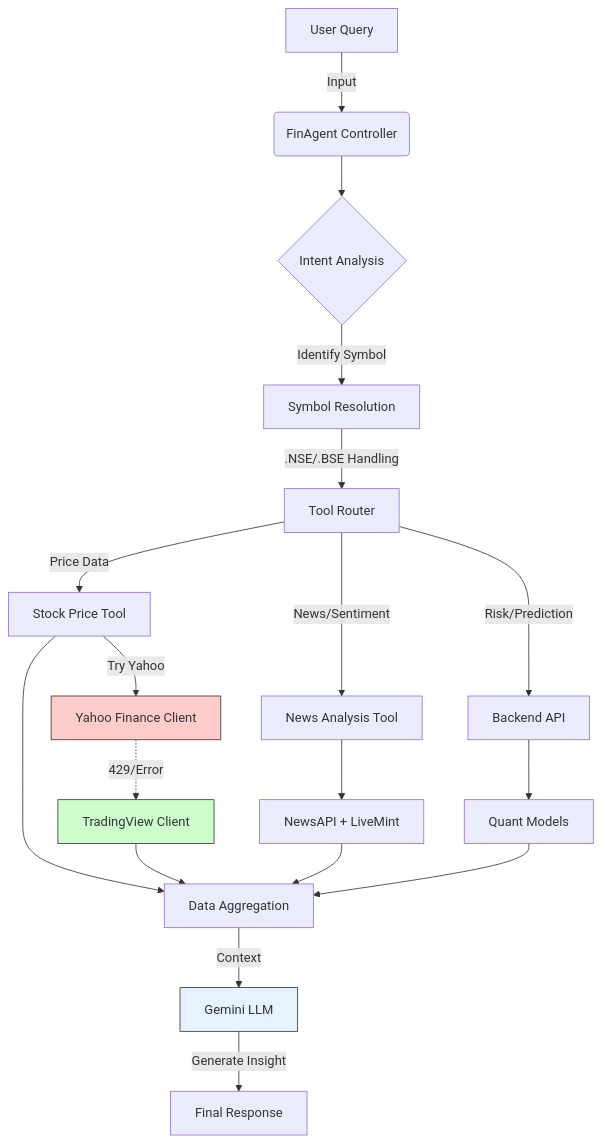
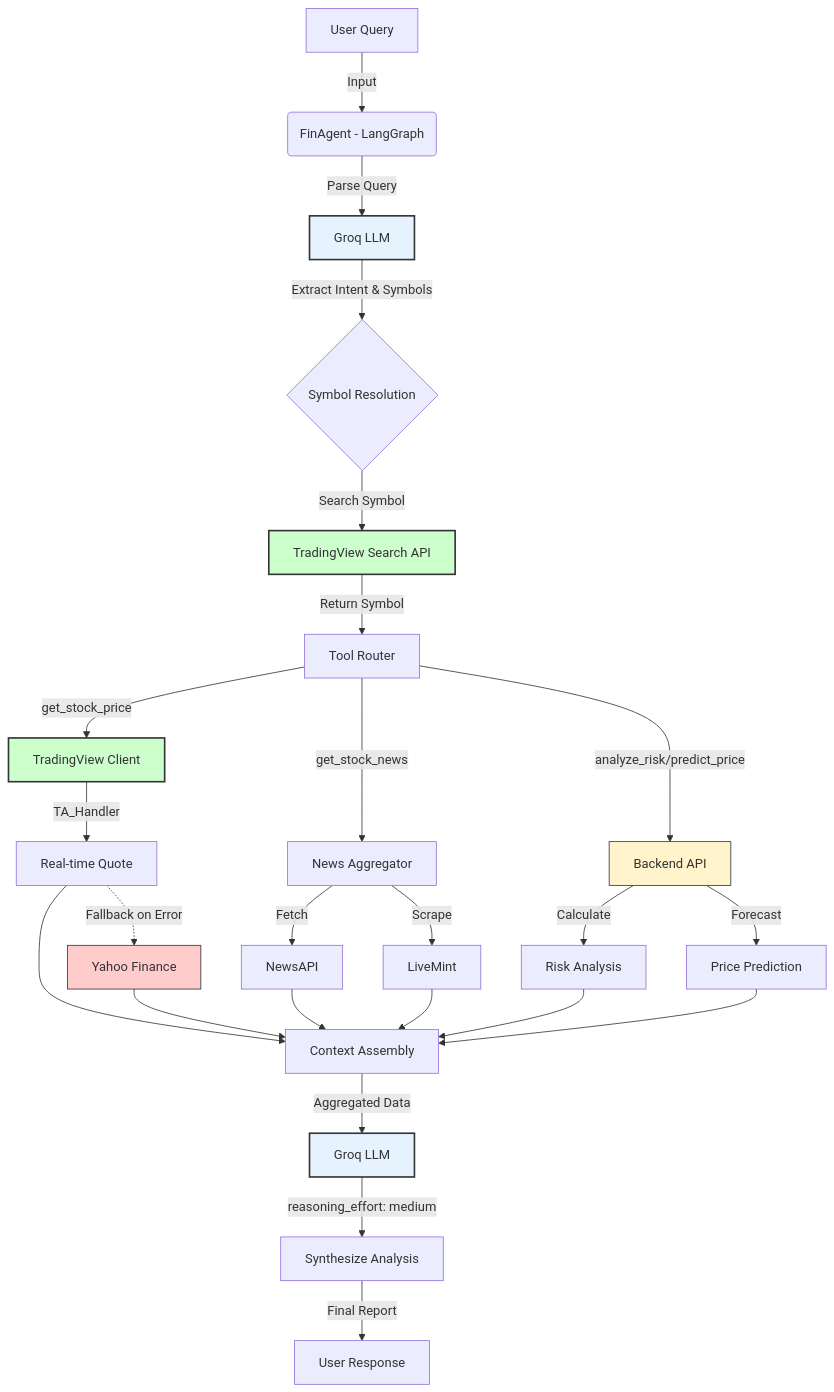
One commit to Shreyas-prog108/fin-alpha changed the diagram in README.md. Above: the diagram before and after it, drawn with Mermaid. The commit also changed other lines of this file and 15 other files, not shown here.

Commit message:
Updated code for GROQ API

````diff
--- a/README.md
+++ b/README.md
@@ -39,29 +39,39 @@
 ```mermaid
 graph TD
-    A[User Query] -->|Input| B(FinAgent Controller)
-    B --> C{Intent Analysis}
-    C -->|Identify Symbol| D[Symbol Resolution]
-    D -->|.NSE/.BSE Handling| E[Tool Router]
+    A[User Query] -->|Input| B(FinAgent - LangGraph)
+    B -->|Parse Query| C[Groq LLM]
+    C -->|Extract Intent & Symbols| D{Symbol Resolution}
     
-    E -->|Price Data| F[Stock Price Tool]
-    F -->|Try Yahoo| G[Yahoo Finance Client]
-    G -.->|429/Error| H[TradingView Client]
+    D -->|Search Symbol| E[TradingView Search API]
+    E -->|Return Symbol| F[Tool Router]
     
-    E -->|News/Sentiment| I[News Analysis Tool]
-    I --> J[NewsAPI + LiveMint]
+    F -->|get_stock_price| G[TradingView Client]
+    G -->|TA_Handler| G1[Real-time Quote]
+    G1 -.->|Fallback on Error| H[Yahoo Finance]
     
-    E -->|Risk/Prediction| K[Backend API]
-    K --> L[Quant Models]
+    F -->|get_stock_news| I[News Aggregator]
+    I -->|Fetch| J1[NewsAPI]
+    I -->|Scrape| J2[LiveMint]
     
-    F --> M[Data Aggregation]
+    F -->|analyze_risk/predict_price| K[Backend API]
+    K -->|Calculate| L1[Risk Analysis]
+    K -->|Forecast| L2[Price Prediction]
+    
+    G1 --> M[Context Assembly]
     H --> M
-    J --> M
-    L --> M
+    J1 --> M
+    J2 --> M
+    L1 --> M
+    L2 --> M
     
-    M -->|Context| N[Gemini LLM]
-    N -->|Generate Insight| O[Final Response]
+    M -->|Aggregated Data| N[Groq LLM]
+    N -->|reasoning_effort: medium| O[Synthesize Analysis]
+    O -->|Final Report| P[User Response]
     
-    style G fill:#ffcccc,stroke:#333
-    style H fill:#ccffcc,stroke:#333
-    style N fill:#e6f3ff,stroke:#333
+    style E fill:#ccffcc,stroke:#333,stroke-width:2px
+    style G fill:#ccffcc,stroke:#333,stroke-width:2px
+    style H fill:#ffcccc,stroke:#333
+    style C fill:#e6f3ff,stroke:#333,stroke-width:2px
+    style N fill:#e6f3ff,stroke:#333,stroke-width:2px
+    style K fill:#fff4cc,stroke:#333
 ```
````
